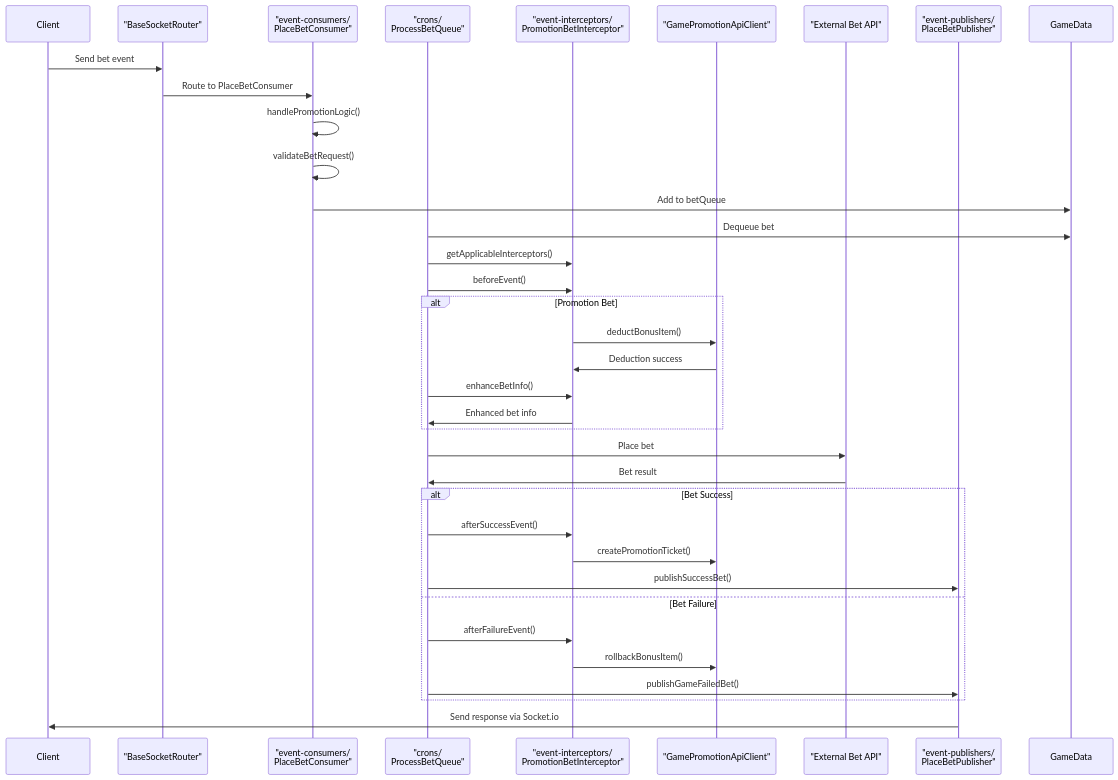
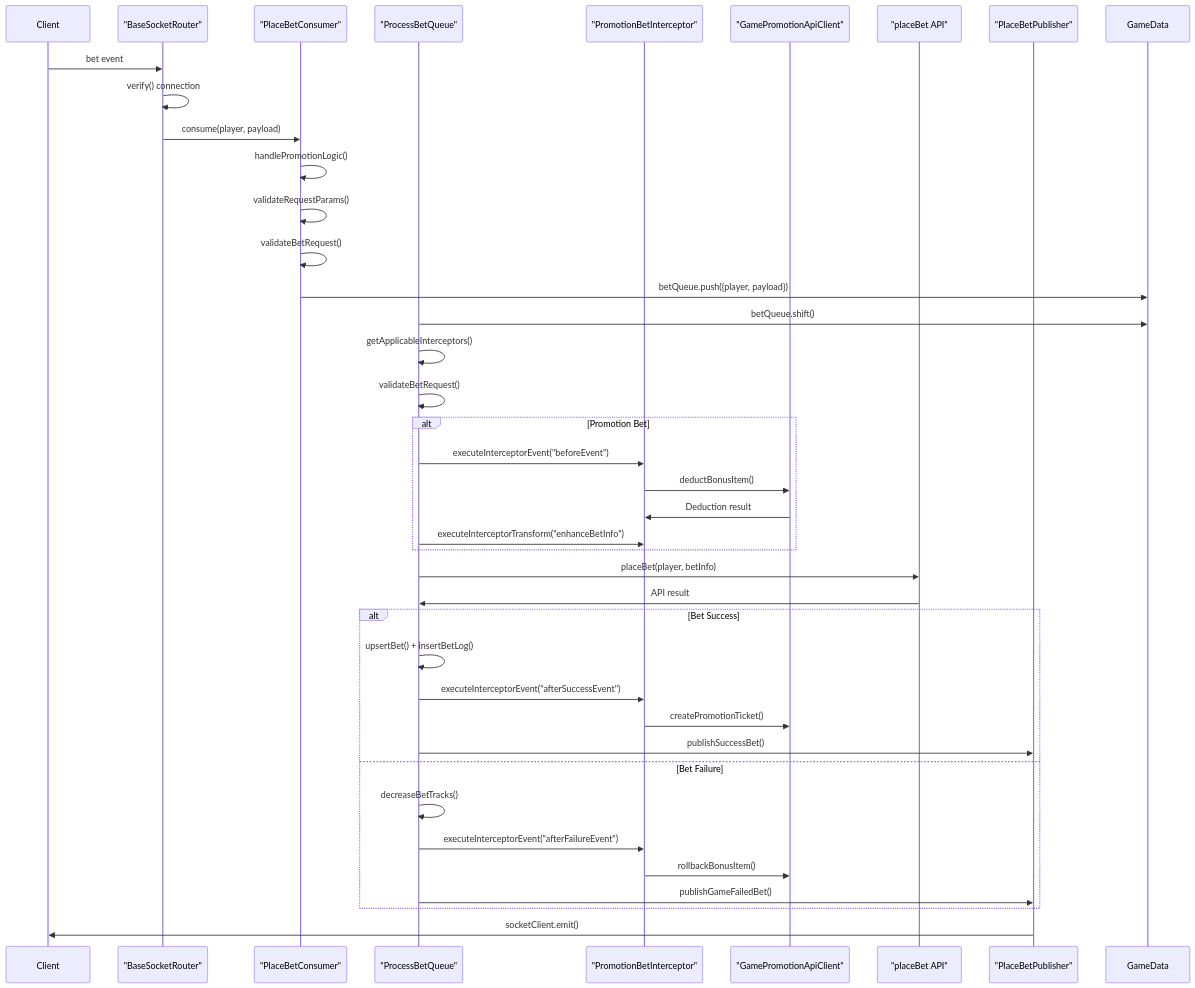
The seventh of 7 diagrams in diagrams/place-bet-flow-diagram.md (starixvn/l1_sc-packages_sc-game-base), drawn with Mermaid before and after one commit. The commit also changed other lines of this file and 2 other files, not shown here.

````diff
--- a/diagrams/place-bet-flow-diagram.md
+++ b/diagrams/place-bet-flow-diagram.md
@@ -255,44 +314,48 @@
 ```mermaid
 sequenceDiagram
     participant Client
     participant Router as "BaseSocketRouter"
-    participant Consumer as "event-consumers/<br/>PlaceBetConsumer"
-    participant Queue as "crons/<br/>ProcessBetQueue"
-    participant Interceptor as "event-interceptors/<br/>PromotionBetInterceptor"
+    participant PlaceBetConsumer as "PlaceBetConsumer"
+    participant Queue as "ProcessBetQueue"
+    participant Interceptor as "PromotionBetInterceptor"
     participant PromotionAPI as "GamePromotionApiClient"
-    participant BetAPI as "External Bet API"
-    participant Publisher as "event-publishers/<br/>PlaceBetPublisher"
+    participant BetAPI as "placeBet API"
+    participant Publisher as "PlaceBetPublisher"
     participant GameData
 
-    Client->>Router: Send bet event
-    Router->>Consumer: Route to PlaceBetConsumer
-    Consumer->>Consumer: handlePromotionLogic()
-    Consumer->>Consumer: validateBetRequest()
-    Consumer->>GameData: Add to betQueue
+    Client->>Router: bet event
+    Router->>Router: verify() connection
+    Router->>PlaceBetConsumer: consume(player, payload)
+    PlaceBetConsumer->>PlaceBetConsumer: handlePromotionLogic()
+    PlaceBetConsumer->>PlaceBetConsumer: validateRequestParams()
+    PlaceBetConsumer->>PlaceBetConsumer: validateBetRequest()
+    PlaceBetConsumer->>GameData: betQueue.push({player, payload})
 
-    Queue->>GameData: Dequeue bet
-    Queue->>Interceptor: getApplicableInterceptors()
-    Queue->>Interceptor: beforeEvent()
+    Queue->>GameData: betQueue.shift()
+    Queue->>Queue: getApplicableInterceptors()
+    Queue->>Queue: validateBetRequest()
 
     alt Promotion Bet
+        Queue->>Interceptor: executeInterceptorEvent("beforeEvent")
         Interceptor->>PromotionAPI: deductBonusItem()
-        PromotionAPI->>Interceptor: Deduction success
-        Queue->>Interceptor: enhanceBetInfo()
-        Interceptor->>Queue: Enhanced bet info
+        PromotionAPI->>Interceptor: Deduction result
+        Queue->>Interceptor: executeInterceptorTransform("enhanceBetInfo")
     end
 
-    Queue->>BetAPI: Place bet
-    BetAPI->>Queue: Bet result
+    Queue->>BetAPI: placeBet(player, betInfo)
+    BetAPI->>Queue: API result
 
     alt Bet Success
-        Queue->>Interceptor: afterSuccessEvent()
+        Queue->>Queue: upsertBet() + insertBetLog()
+        Queue->>Interceptor: executeInterceptorEvent("afterSuccessEvent")
         Interceptor->>PromotionAPI: createPromotionTicket()
         Queue->>Publisher: publishSuccessBet()
     else Bet Failure
-        Queue->>Interceptor: afterFailureEvent()
+        Queue->>Queue: decreaseBetTracks()
+        Queue->>Interceptor: executeInterceptorEvent("afterFailureEvent")
         Interceptor->>PromotionAPI: rollbackBonusItem()
         Queue->>Publisher: publishGameFailedBet()
     end
 
-    Publisher->>Client: Send response via Socket.io
+    Publisher->>Client: socketClient.emit()
 ```
````
